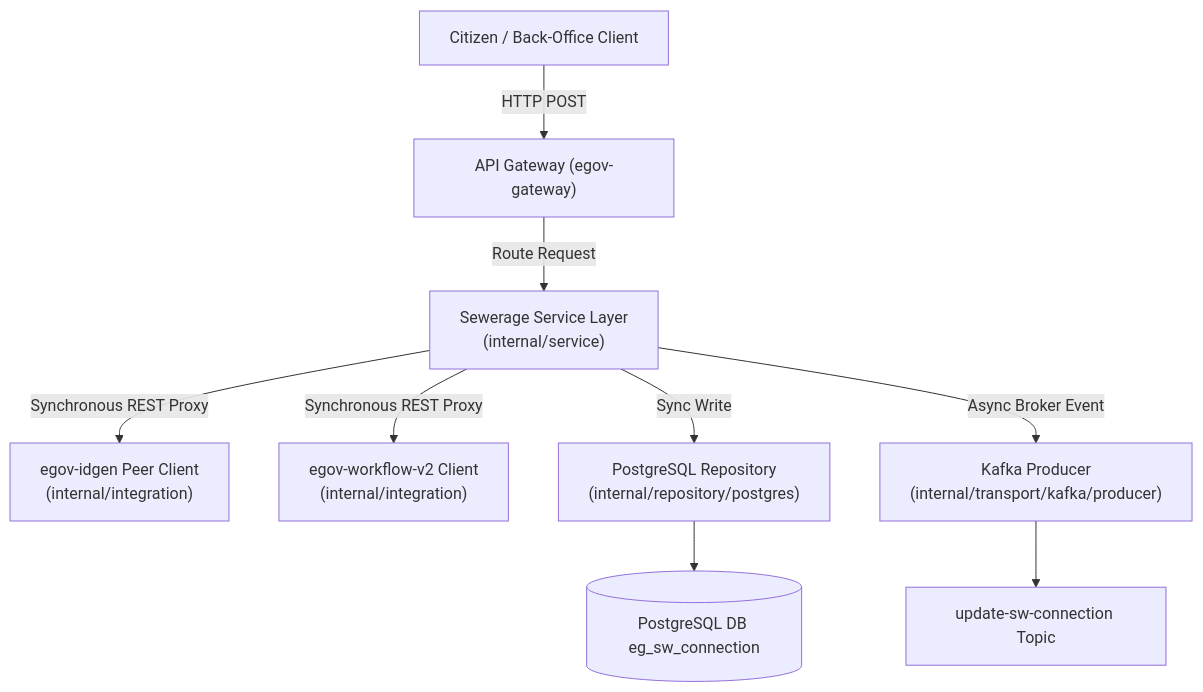
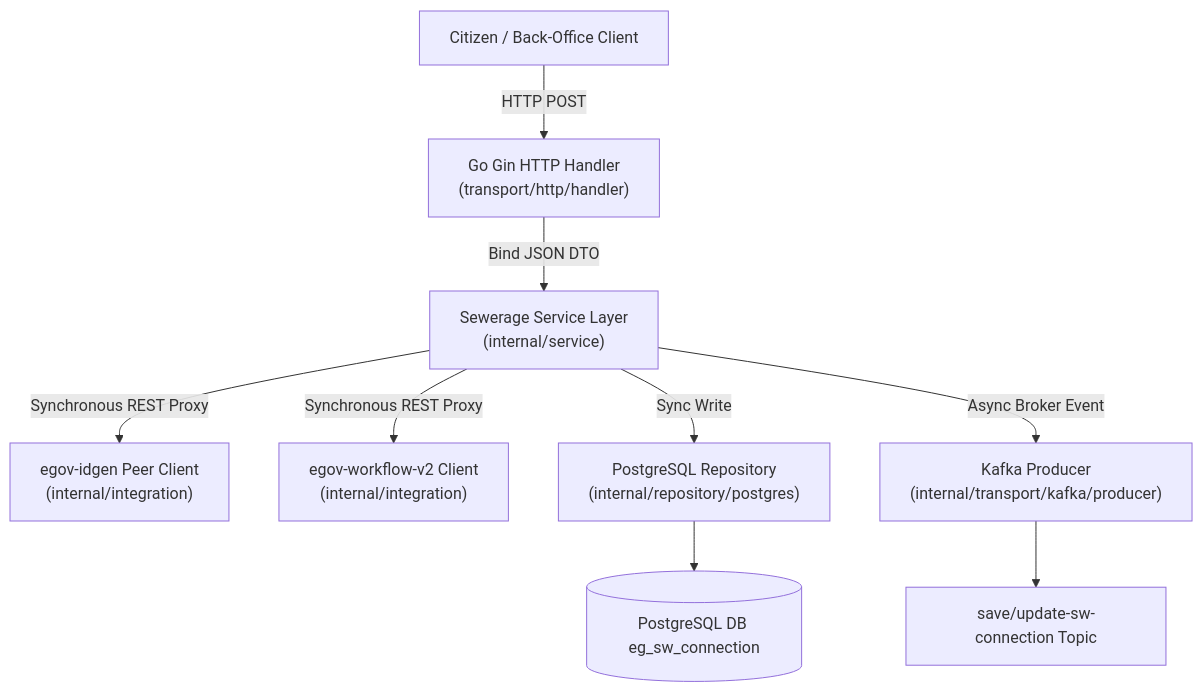
One commit to Sushant-RM/sw-services-go changed the first of 3 diagrams in docs/final_engineering_report.md. Above: the diagram before and after it, drawn with Mermaid. The commit also changed other lines of this file and 1 other file, not shown here.

Commit message:
docs: remove speculative gateways, K8s HA, and complex ERD relationships to align strictly with real work completed

````diff
--- a/docs/final_engineering_report.md
+++ b/docs/final_engineering_report.md
@@ -34,11 +36,11 @@
 ```mermaid
 graph TD
-    Client["Citizen / Back-Office Client"] -- HTTP POST --> Gateway["API Gateway (egov-gateway)"]
-    Gateway -- Route Request --> Service["Sewerage Service Layer<br>(internal/service)"]
+    Client["Citizen / Back-Office Client"] -- HTTP POST --> Gateway["Go Gin HTTP Handler<br>(transport/http/handler)"]
+    Gateway -- Bind JSON DTO --> Service["Sewerage Service Layer<br>(internal/service)"]
     Service -- Synchronous REST Proxy --> IDGen["egov-idgen Peer Client<br>(internal/integration)"]
     Service -- Synchronous REST Proxy --> Workflow["egov-workflow-v2 Client<br>(internal/integration)"]
     Service -- Sync Write --> Repos["PostgreSQL Repository<br>(internal/repository/postgres)"]
     Service -- Async Broker Event --> Kafka["Kafka Producer<br>(internal/transport/kafka/producer)"]
     Repos --> DB[("PostgreSQL DB eg_sw_connection")]
-    Kafka --> Topic["update-sw-connection Topic"]
+    Kafka --> Topic["save/update-sw-connection Topic"]
 ```
````
